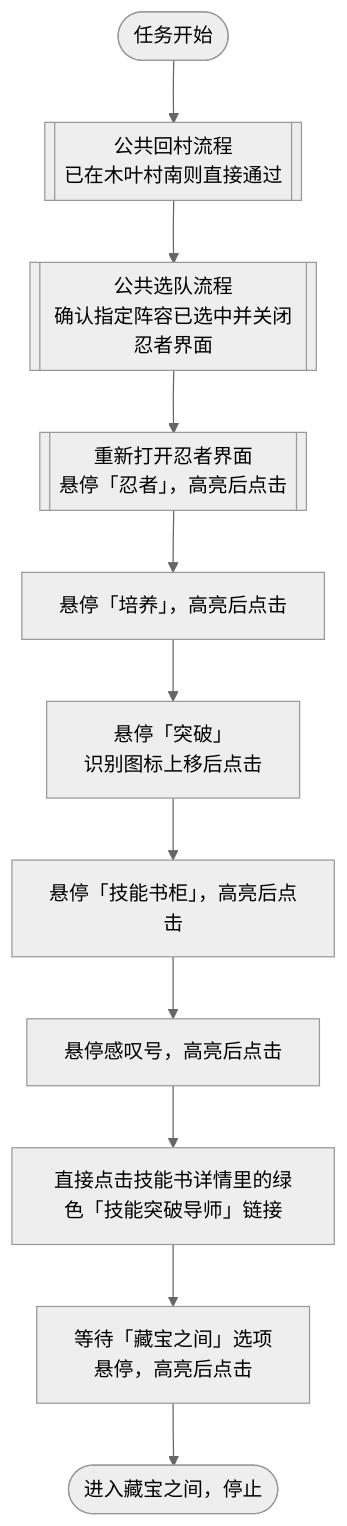
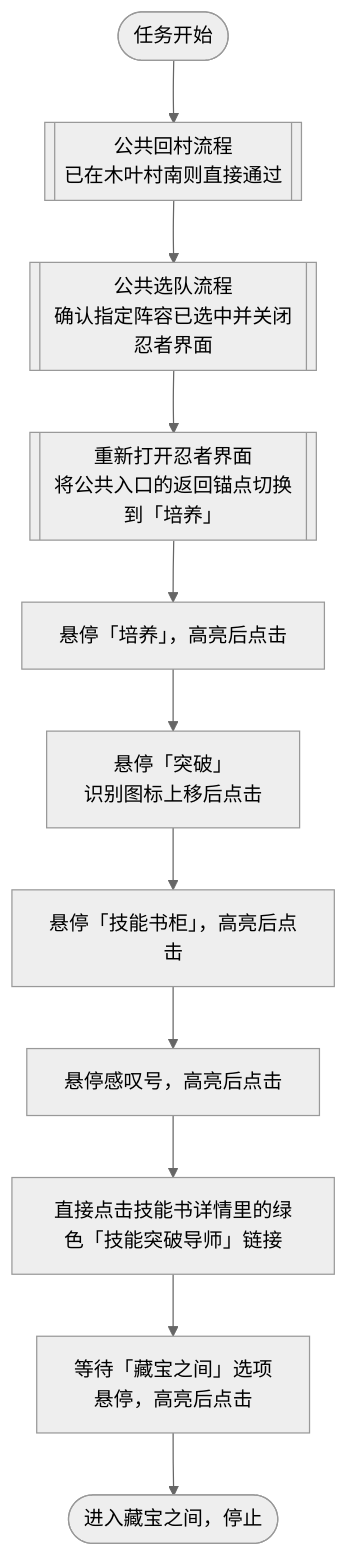
One commit to ArcherSore/MaaNOP changed the diagram in docs/zh_cn/流程图/藏宝之间.md. Above: the diagram before and after it, drawn with Mermaid (neutral theme). The commit also changed 1 other file, not shown here.

Commit message:
fix: 修复藏宝之间选队跳转和导师识别

````diff
--- a/docs/zh_cn/流程图/藏宝之间.md
+++ b/docs/zh_cn/流程图/藏宝之间.md
@@ -9,13 +9,13 @@
 ```mermaid
 flowchart TD
     Start([任务开始]) --> Return[["公共回村流程<br/>已在木叶村南则直接通过"]]
     Return --> Team[["公共选队流程<br/>确认指定阵容已选中并关闭忍者界面"]]
-    Team --> Ninja[["重新打开忍者界面<br/>悬停「忍者」，高亮后点击"]]
+    Team --> Ninja[["重新打开忍者界面<br/>将公共入口的返回锚点切换到「培养」"]]
     Ninja --> Cultivate["悬停「培养」，高亮后点击"]
     Cultivate --> Breakthrough["悬停「突破」<br/>识别图标上移后点击"]
     Breakthrough --> Cabinet["悬停「技能书柜」，高亮后点击"]
     Cabinet --> BookInfo["悬停感叹号，高亮后点击"]
     BookInfo --> Mentor["直接点击技能书详情里的绿色「技能突破导师」链接"]
     Mentor --> Treasure["等待「藏宝之间」选项<br/>悬停，高亮后点击"]
     Treasure --> Done([进入藏宝之间，停止])
 ```
````
